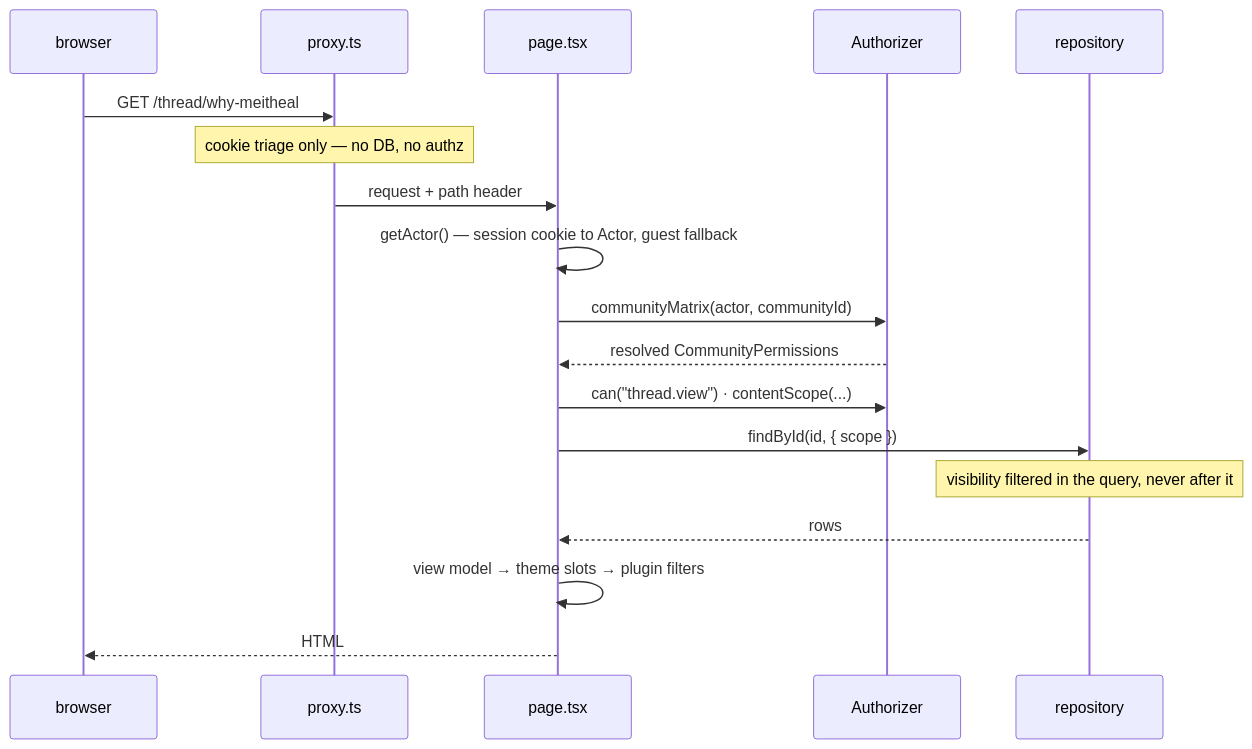
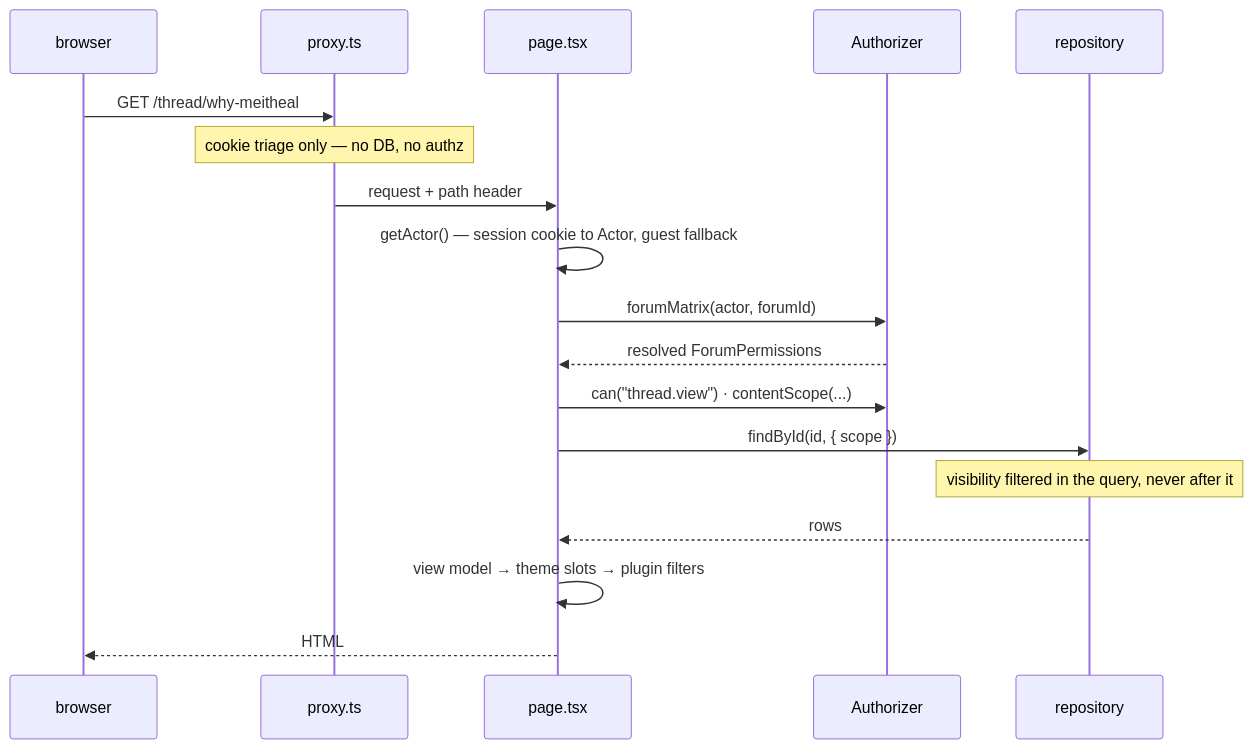
The third of 4 diagrams in docs/architecture.md (meith-dev/meith), drawn with Mermaid before and after one commit. The commit also changed other lines of this file and 636 other files, not shown here.

````diff
--- a/docs/architecture.md
+++ b/docs/architecture.md
@@ -238,20 +238,20 @@
 ```mermaid
 sequenceDiagram
     participant B as browser
     participant E as proxy.ts
     participant P as page.tsx
     participant A as Authorizer
     participant R as repository
     B->>E: GET /thread/why-meitheal
     Note over E: cookie triage only — no DB, no authz
     E->>P: request + path header
     P->>P: getActor() — session cookie to Actor, guest fallback
-    P->>A: communityMatrix(actor, communityId)
-    A-->>P: resolved CommunityPermissions
+    P->>A: forumMatrix(actor, forumId)
+    A-->>P: resolved ForumPermissions
     P->>A: can("thread.view") · contentScope(...)
     P->>R: findById(id, { scope })
     Note over R: visibility filtered in the query, never after it
     R-->>P: rows
     P->>P: view model → theme slots → plugin filters
     P-->>B: HTML
 ```
````
